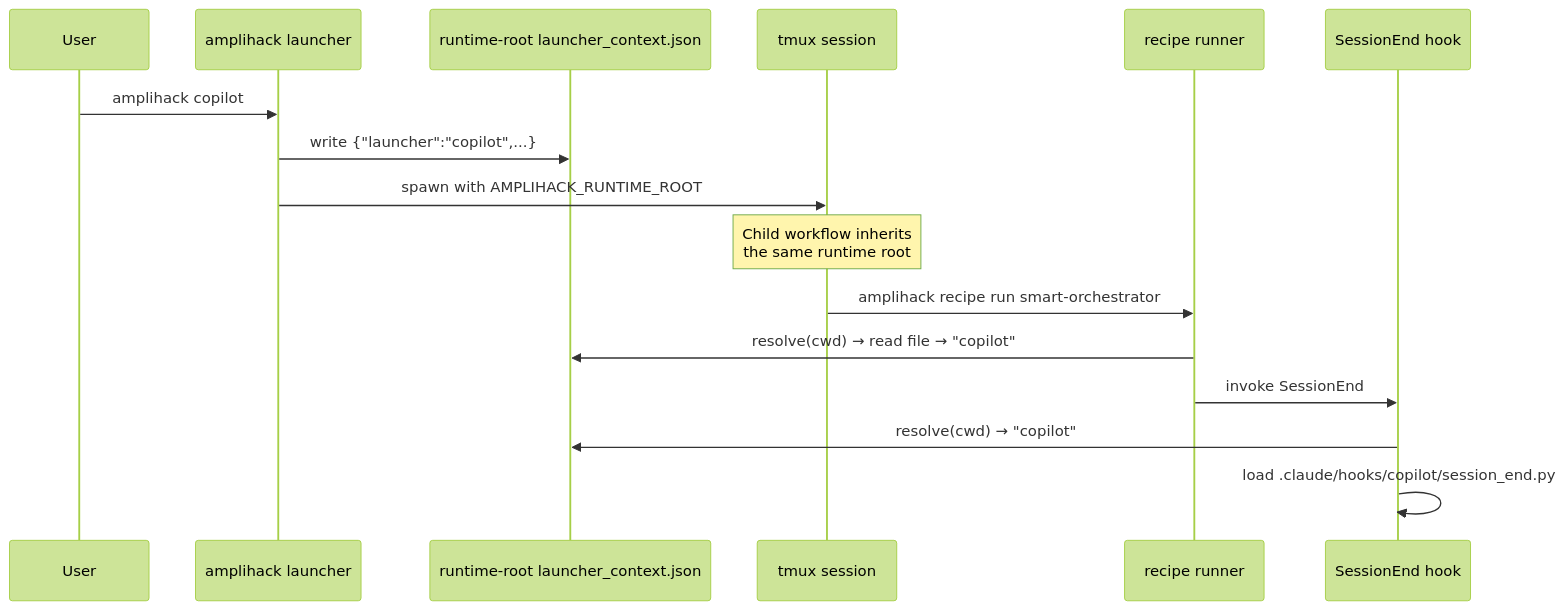
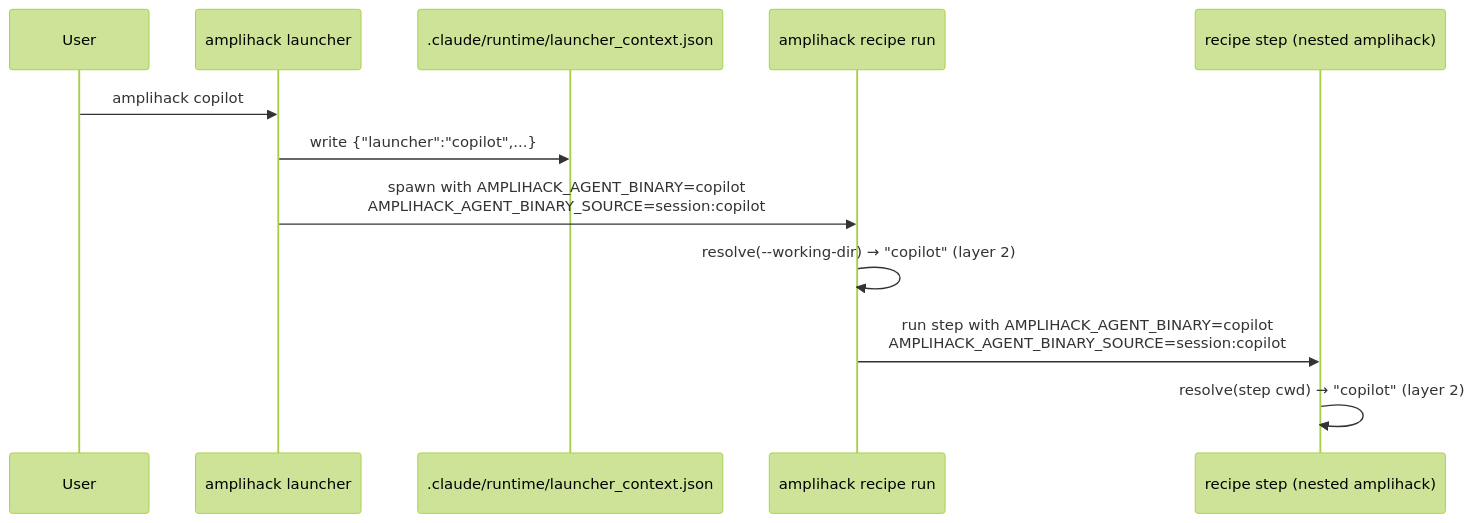
One commit to rysweet/amplihack-rs changed the second of 2 diagrams in docs/concepts/agent-binary-routing.md. Above: the diagram before and after it, drawn with Mermaid (forest theme). The commit also changed other lines of this file and 82 other files, not shown here.

First line of the commit message:
fix(#1481, #1525): recipe run decides the agent binary once and hands it across detached launches; AMPLIHACK_AGENT_BINARY no longer forces subprocess-safe (#1490)

````diff
--- a/docs/concepts/agent-binary-routing.md
+++ b/docs/concepts/agent-binary-routing.md
@@ -111,19 +177,15 @@
 ```mermaid
 sequenceDiagram
     participant U as User
     participant L as amplihack launcher
-    participant F as runtime-root launcher_context.json
-    participant T as tmux session
-    participant R as recipe runner
-    participant H as SessionEnd hook
+    participant F as .claude/runtime/launcher_context.json
+    participant R as amplihack recipe run
+    participant S as recipe step (nested amplihack)
 
     U->>L: amplihack copilot
     L->>F: write {"launcher":"copilot",...}
-    L->>T: spawn with AMPLIHACK_RUNTIME_ROOT
-    Note over T: Child workflow inherits<br/>the same runtime root
-    T->>R: amplihack recipe run smart-orchestrator
-    R->>F: resolve(cwd) → read file → "copilot"
-    R->>H: invoke SessionEnd
-    H->>F: resolve(cwd) → "copilot"
-    H->>H: load .claude/hooks/copilot/session_end.py
+    L->>R: spawn with AMPLIHACK_AGENT_BINARY=copilot<br/>AMPLIHACK_AGENT_BINARY_SOURCE=session:copilot
+    R->>R: resolve(--working-dir) → "copilot" (layer 2)
+    R->>S: run step with AMPLIHACK_AGENT_BINARY=copilot<br/>AMPLIHACK_AGENT_BINARY_SOURCE=session:copilot
+    S->>S: resolve(step cwd) → "copilot" (layer 2)
 ```
````
